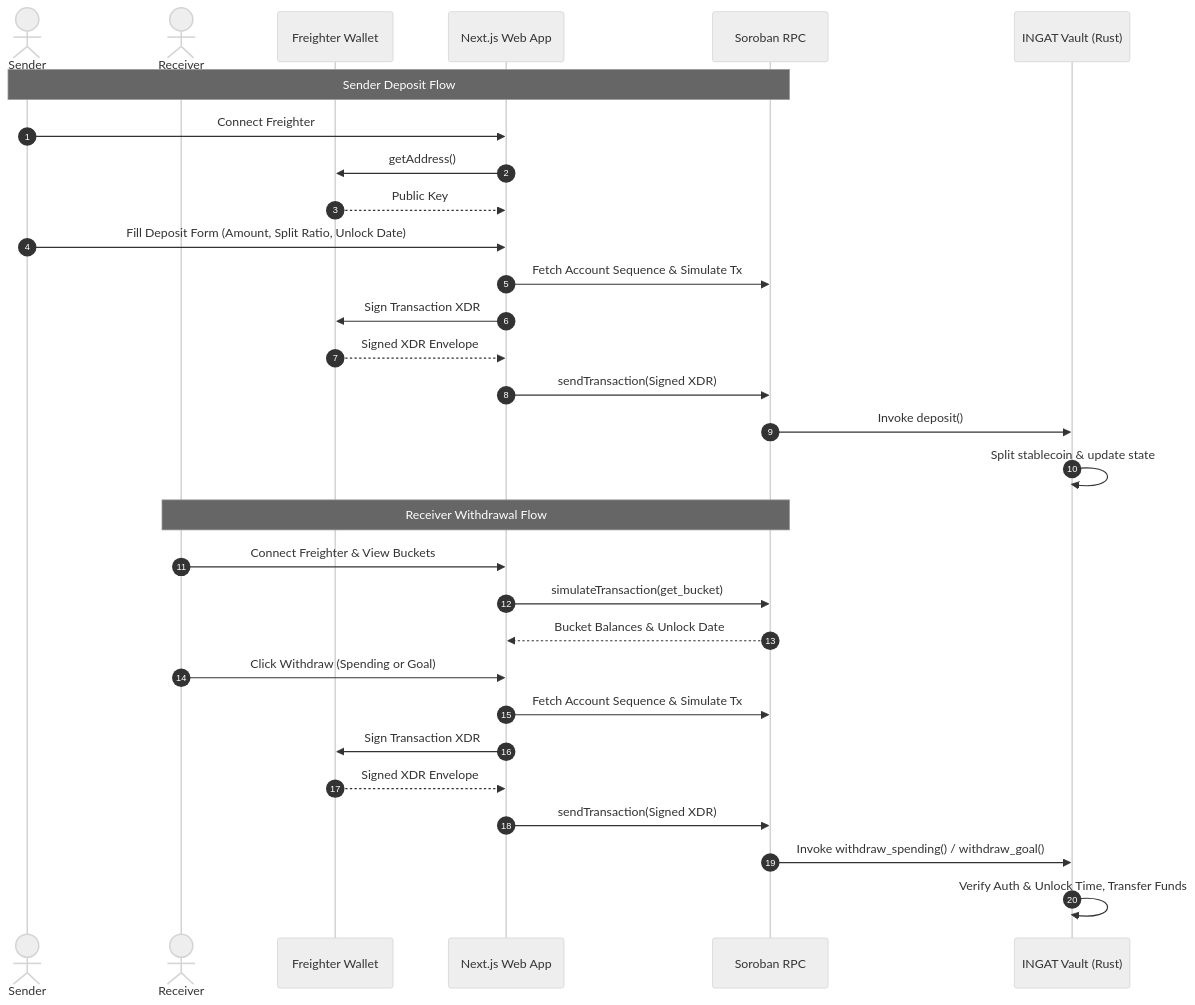
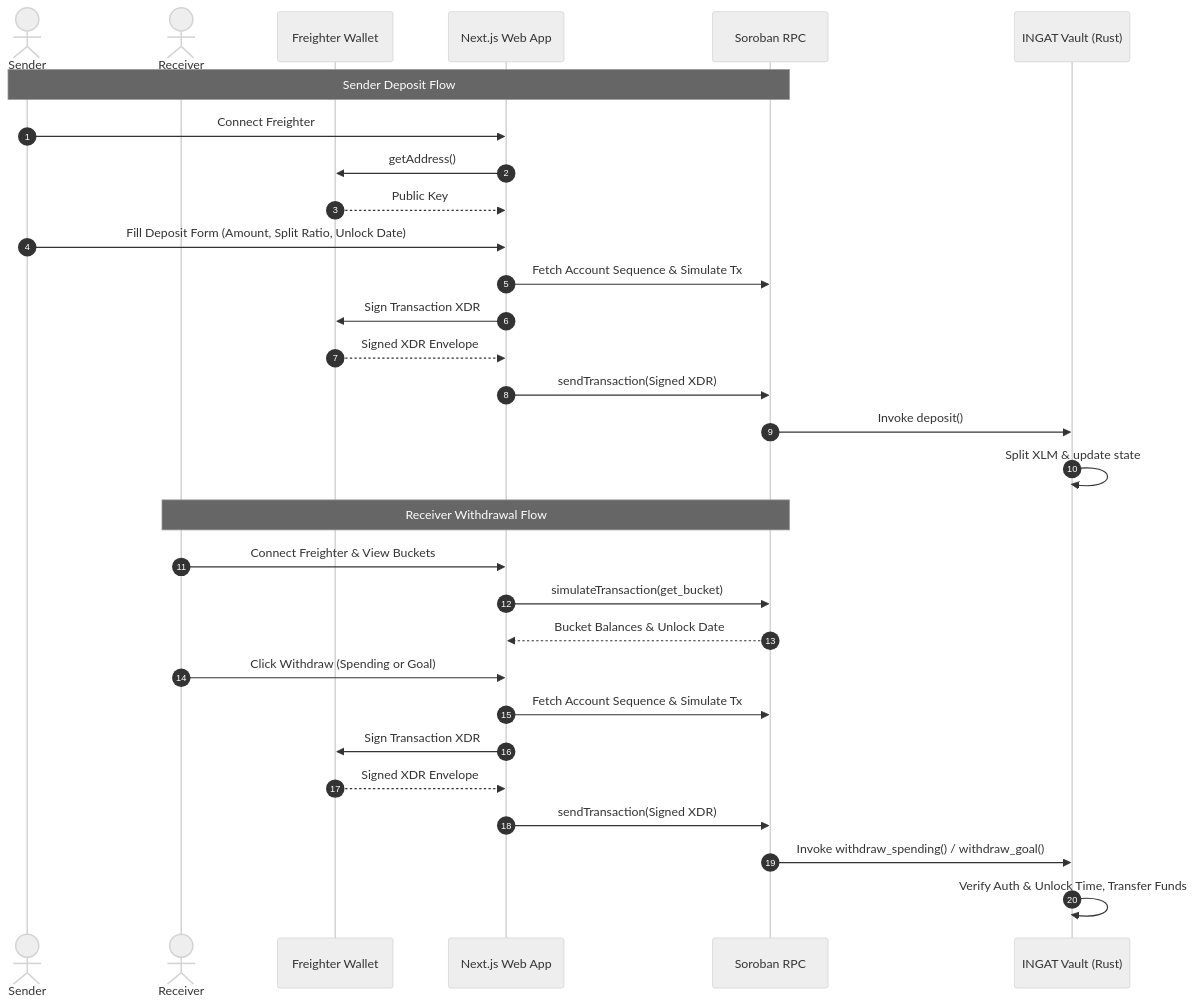
One commit to IAmHaiel/INGAT-copy changed the third of 6 diagrams in README.md. Above: the diagram before and after it, drawn with Mermaid (neutral theme). The commit also changed other lines of this file and 17 other files, not shown here.

````diff
--- a/README.md
+++ b/README.md
@@ -105,34 +111,34 @@
 ```mermaid
 sequenceDiagram
     autonumber
     actor Sender
     actor Receiver
     participant Freighter as Freighter Wallet
     participant Frontend as Next.js Web App
     participant RPC as Soroban RPC
     participant Contract as INGAT Vault (Rust)
 
     Note over Sender, RPC: Sender Deposit Flow
     Sender->>Frontend: Connect Freighter
     Frontend->>Freighter: getAddress()
     Freighter-->>Frontend: Public Key
     Sender->>Frontend: Fill Deposit Form (Amount, Split Ratio, Unlock Date)
     Frontend->>RPC: Fetch Account Sequence & Simulate Tx
     Frontend->>Freighter: Sign Transaction XDR
     Freighter-->>Frontend: Signed XDR Envelope
     Frontend->>RPC: sendTransaction(Signed XDR)
     RPC->>Contract: Invoke deposit()
-    Contract->>Contract: Split stablecoin & update state
+    Contract->>Contract: Split XLM & update state
 
     Note over Receiver, RPC: Receiver Withdrawal Flow
     Receiver->>Frontend: Connect Freighter & View Buckets
     Frontend->>RPC: simulateTransaction(get_bucket)
     RPC-->>Frontend: Bucket Balances & Unlock Date
     Receiver->>Frontend: Click Withdraw (Spending or Goal)
     Frontend->>RPC: Fetch Account Sequence & Simulate Tx
     Frontend->>Freighter: Sign Transaction XDR
     Freighter-->>Frontend: Signed XDR Envelope
     Frontend->>RPC: sendTransaction(Signed XDR)
     RPC->>Contract: Invoke withdraw_spending() / withdraw_goal()
     Contract->>Contract: Verify Auth & Unlock Time, Transfer Funds
 ```
````
